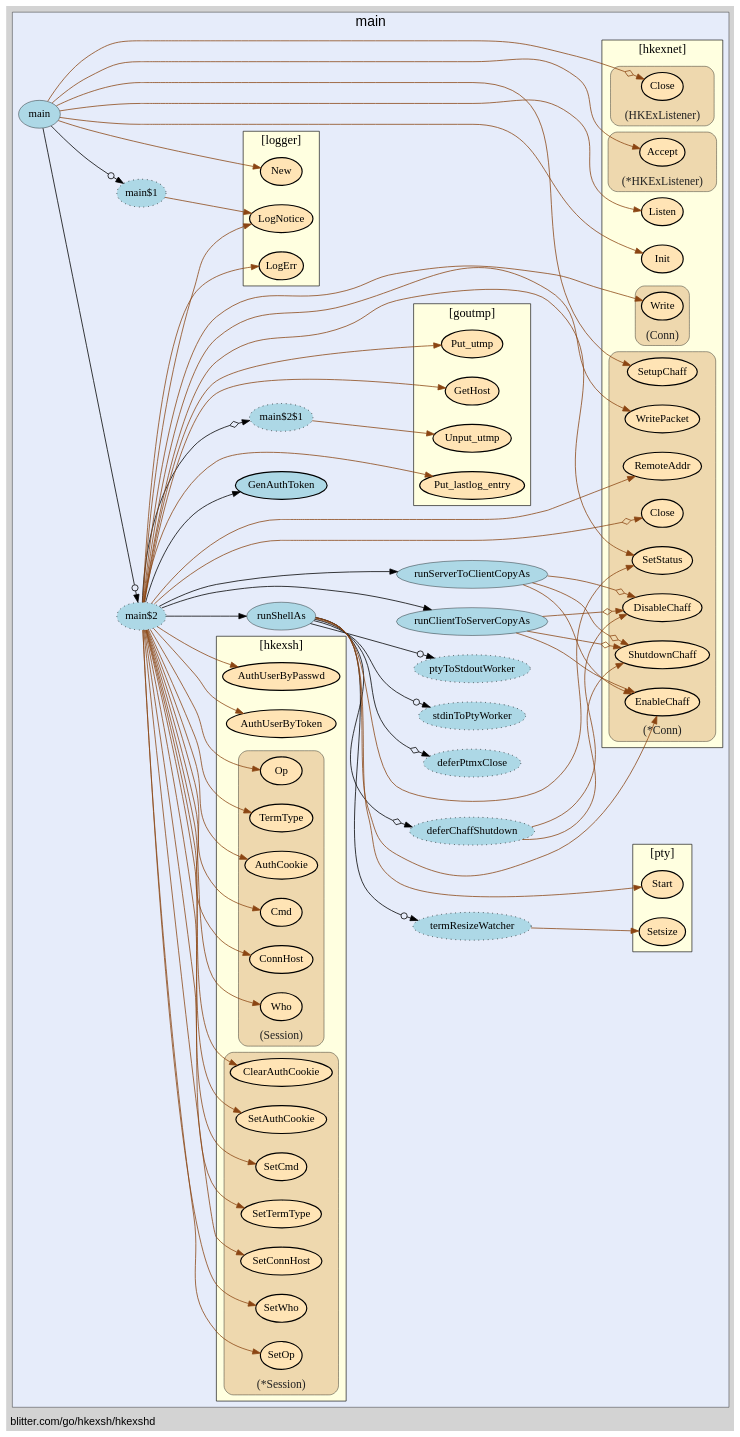
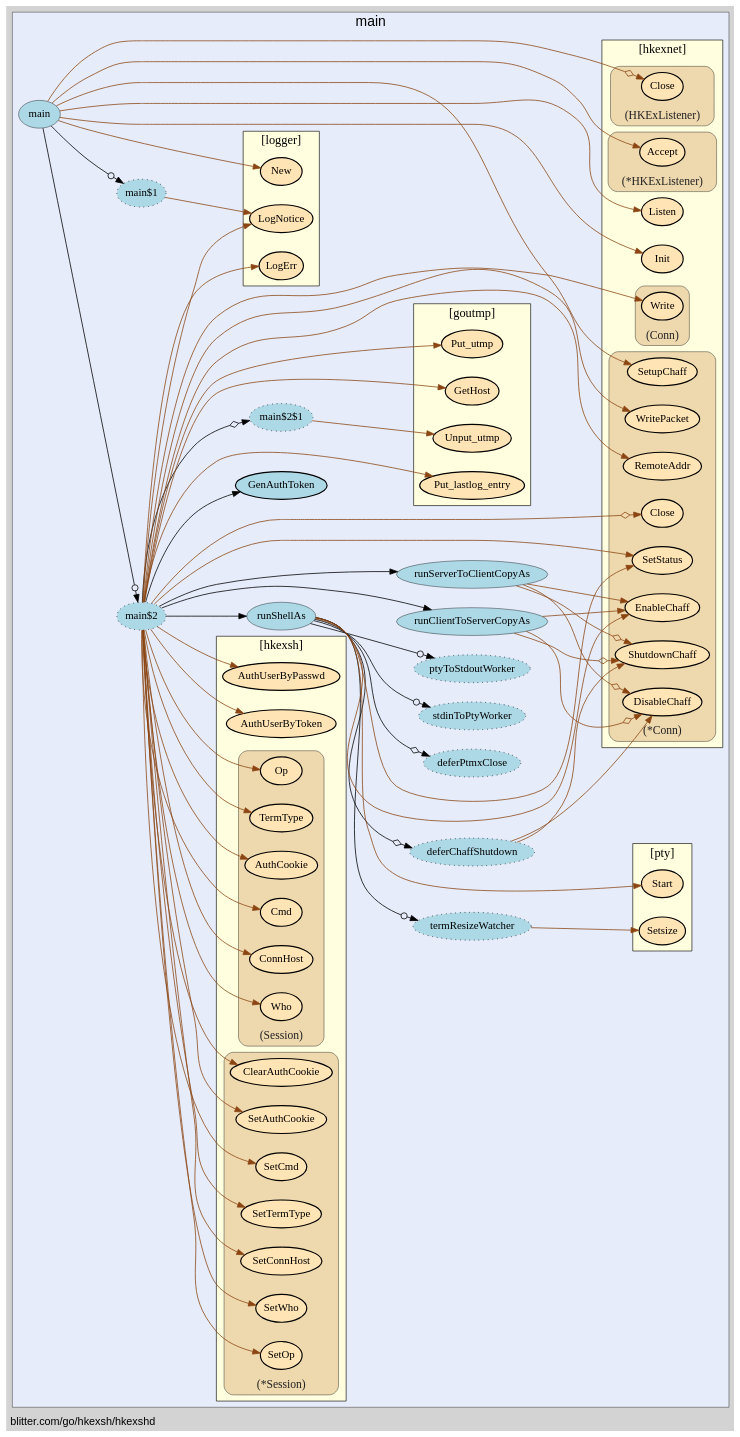
One commit to isgasho/xs changed the diagram in hkexshd/hkexshd-vis.gv. Above: the diagram before and after it, drawn with Graphviz. The commit also changed 11 other files, not shown here.

```diff
--- a/hkexshd/hkexshd-vis.gv
+++ b/hkexshd/hkexshd-vis.gv
@@ -14,56 +14,56 @@
     edge [minlen="2"]
 
     subgraph "cluster_focus" {
-        label="main";
+        bgcolor="#e6ecfa";
+label="main";
 labelloc="t";
 labeljust="c";
 fontsize="18";
-bgcolor="#e6ecfa";
         
-        "blitter.com/go/hkexsh/hkexshd.main" [ fillcolor="lightblue" label="main" penwidth="0.5" ]
-        "blitter.com/go/hkexsh/hkexshd.main$1" [ fillcolor="lightblue" label="main$1" style="dotted,filled" ]
-        "blitter.com/go/hkexsh/hkexshd.main$2" [ label="main$2" style="dotted,filled" fillcolor="lightblue" ]
-        "blitter.com/go/hkexsh/hkexshd.GenAuthToken" [ fillcolor="lightblue" label="GenAuthToken" penwidth="1.5" ]
         "blitter.com/go/hkexsh/hkexshd.runShellAs" [ fillcolor="lightblue" label="runShellAs" penwidth="0.5" ]
-        "blitter.com/go/hkexsh/hkexshd.runShellAs$1" [ fillcolor="lightblue" label="deferPtmxClose" style="dotted,filled" ]
+        "blitter.com/go/hkexsh/hkexshd.runShellAs$1" [ style="dotted,filled" fillcolor="lightblue" label="deferPtmxClose" ]
         "blitter.com/go/hkexsh/hkexshd.runShellAs$2" [ fillcolor="lightblue" label="termResizeWatcher" style="dotted,filled" ]
         "blitter.com/go/hkexsh/hkexshd.runShellAs$3" [ fillcolor="lightblue" label="stdinToPtyWorker" style="dotted,filled" ]
         "blitter.com/go/hkexsh/hkexshd.runShellAs$4" [ fillcolor="lightblue" label="deferChaffShutdown" style="dotted,filled" ]
-        "blitter.com/go/hkexsh/hkexshd.runShellAs$5" [ style="dotted,filled" fillcolor="lightblue" label="ptyToStdoutWorker" ]
-        "blitter.com/go/hkexsh/hkexshd.main$2$1" [ style="dotted,filled" fillcolor="lightblue" label="main$2$1" ]
-        "blitter.com/go/hkexsh/hkexshd.runClientToServerCopyAs" [ penwidth="0.5" fillcolor="lightblue" label="runClientToServerCopyAs" ]
+        "blitter.com/go/hkexsh/hkexshd.runShellAs$5" [ fillcolor="lightblue" label="ptyToStdoutWorker" style="dotted,filled" ]
+        "blitter.com/go/hkexsh/hkexshd.main$1" [ fillcolor="lightblue" label="main$1" style="dotted,filled" ]
+        "blitter.com/go/hkexsh/hkexshd.main" [ fillcolor="lightblue" label="main" penwidth="0.5" ]
+        "blitter.com/go/hkexsh/hkexshd.main$2" [ style="dotted,filled" fillcolor="lightblue" label="main$2" ]
+        "blitter.com/go/hkexsh/hkexshd.GenAuthToken" [ fillcolor="lightblue" label="GenAuthToken" penwidth="1.5" ]
+        "blitter.com/go/hkexsh/hkexshd.main$2$1" [ fillcolor="lightblue" label="main$2$1" style="dotted,filled" ]
+        "blitter.com/go/hkexsh/hkexshd.runClientToServerCopyAs" [ fillcolor="lightblue" label="runClientToServerCopyAs" penwidth="0.5" ]
         "blitter.com/go/hkexsh/hkexshd.runServerToClientCopyAs" [ fillcolor="lightblue" label="runServerToClientCopyAs" penwidth="0.5" ]
         
         subgraph "cluster_blitter.com/go/goutmp" {
-        style="filled";
+        penwidth="0.8";
+fontname="bold";
+label="[goutmp]";
+URL="/?f=blitter.com/go/goutmp";
+fontsize="16";
+style="filled";
 fillcolor="lightyellow";
 rank="sink";
-label="[goutmp]";
-URL="/?f=blitter.com/go/goutmp";
 tooltip="package: blitter.com/go/goutmp";
-fontsize="16";
-fontname="bold";
-penwidth="0.8";
         
         "blitter.com/go/goutmp.GetHost" [ fillcolor="moccasin" label="GetHost" penwidth="1.5" ]
         "blitter.com/go/goutmp.Put_utmp" [ fillcolor="moccasin" label="Put_utmp" penwidth="1.5" ]
-        "blitter.com/go/goutmp.Unput_utmp" [ label="Unput_utmp" penwidth="1.5" fillcolor="moccasin" ]
-        "blitter.com/go/goutmp.Put_lastlog_entry" [ fillcolor="moccasin" label="Put_lastlog_entry" penwidth="1.5" ]
+        "blitter.com/go/goutmp.Unput_utmp" [ fillcolor="moccasin" label="Unput_utmp" penwidth="1.5" ]
+        "blitter.com/go/goutmp.Put_lastlog_entry" [ label="Put_lastlog_entry" penwidth="1.5" fillcolor="moccasin" ]
         
     }
 
         subgraph "cluster_blitter.com/go/hkexsh" {
-        style="filled";
-fillcolor="lightyellow";
+        fillcolor="lightyellow";
+tooltip="package: blitter.com/go/hkexsh";
+penwidth="0.8";
+fontsize="16";
+style="filled";
 fontname="bold";
 rank="sink";
-penwidth="0.8";
-fontsize="16";
 label="[hkexsh]";
 URL="/?f=blitter.com/go/hkexsh";
-tooltip="package: blitter.com/go/hkexsh";
         
-        "blitter.com/go/hkexsh.AuthUserByToken" [ fillcolor="moccasin" label="AuthUserByToken" penwidth="1.5" ]
+        "blitter.com/go/hkexsh.AuthUserByToken" [ label="AuthUserByToken" penwidth="1.5" fillcolor="moccasin" ]
         "blitter.com/go/hkexsh.AuthUserByPasswd" [ fillcolor="moccasin" label="AuthUserByPasswd" penwidth="1.5" ]
         
         subgraph "cluster_*blitter.com/go/hkexsh.Session" {
@@ -77,29 +77,29 @@
 tooltip="type: *blitter.com/go/hkexsh.Session";
         
         "(*blitter.com/go/hkexsh.Session).SetOp" [ fillcolor="moccasin" label="SetOp" penwidth="1.5" ]
-        "(*blitter.com/go/hkexsh.Session).SetWho" [ fillcolor="moccasin" label="SetWho" penwidth="1.5" ]
-        "(*blitter.com/go/hkexsh.Session).SetConnHost" [ penwidth="1.5" fillcolor="moccasin" label="SetConnHost" ]
-        "(*blitter.com/go/hkexsh.Session).SetTermType" [ fillcolor="moccasin" label="SetTermType" penwidth="1.5" ]
-        "(*blitter.com/go/hkexsh.Session).SetCmd" [ fillcolor="moccasin" label="SetCmd" penwidth="1.5" ]
-        "(*blitter.com/go/hkexsh.Session).SetAuthCookie" [ fillcolor="moccasin" label="SetAuthCookie" penwidth="1.5" ]
-        "(*blitter.com/go/hkexsh.Session).ClearAuthCookie" [ label="ClearAuthCookie" penwidth="1.5" fillcolor="moccasin" ]
+        "(*blitter.com/go/hkexsh.Session).SetWho" [ label="SetWho" penwidth="1.5" fillcolor="moccasin" ]
+        "(*blitter.com/go/hkexsh.Session).SetConnHost" [ fillcolor="moccasin" label="SetConnHost" penwidth="1.5" ]
+        "(*blitter.com/go/hkexsh.Session).SetTermType" [ label="SetTermType" penwidth="1.5" fillcolor="moccasin" ]
+        "(*blitter.com/go/hkexsh.Session).SetCmd" [ label="SetCmd" penwidth="1.5" fillcolor="moccasin" ]
+        "(*blitter.com/go/hkexsh.Session).SetAuthCookie" [ label="SetAuthCookie" penwidth="1.5" fillcolor="moccasin" ]
+        "(*blitter.com/go/hkexsh.Session).ClearAuthCookie" [ fillcolor="moccasin" label="ClearAuthCookie" penwidth="1.5" ]
         
     }
 
         subgraph "cluster_blitter.com/go/hkexsh.Session" {
-        style="rounded,filled";
-fillcolor="wheat2";
-label="(Session)";
+        label="(Session)";
 tooltip="type: blitter.com/go/hkexsh.Session";
 penwidth="0.5";
 fontsize="15";
 fontcolor="#222222";
 labelloc="b";
+style="rounded,filled";
+fillcolor="wheat2";
         
-        "(blitter.com/go/hkexsh.Session).Op" [ fillcolor="moccasin" label="Op" penwidth="1.5" ]
-        "(blitter.com/go/hkexsh.Session).Who" [ penwidth="1.5" fillcolor="moccasin" label="Who" ]
-        "(blitter.com/go/hkexsh.Session).ConnHost" [ fillcolor="moccasin" label="ConnHost" penwidth="1.5" ]
-        "(blitter.com/go/hkexsh.Session).Cmd" [ label="Cmd" penwidth="1.5" fillcolor="moccasin" ]
+        "(blitter.com/go/hkexsh.Session).Op" [ penwidth="1.5" fillcolor="moccasin" label="Op" ]
+        "(blitter.com/go/hkexsh.Session).Who" [ fillcolor="moccasin" label="Who" penwidth="1.5" ]
+        "(blitter.com/go/hkexsh.Session).ConnHost" [ label="ConnHost" penwidth="1.5" fillcolor="moccasin" ]
+        "(blitter.com/go/hkexsh.Session).Cmd" [ fillcolor="moccasin" label="Cmd" penwidth="1.5" ]
         "(blitter.com/go/hkexsh.Session).AuthCookie" [ fillcolor="moccasin" label="AuthCookie" penwidth="1.5" ]
         "(blitter.com/go/hkexsh.Session).TermType" [ fillcolor="moccasin" label="TermType" penwidth="1.5" ]
         
@@ -109,76 +109,76 @@
 
         subgraph "cluster_blitter.com/go/hkexsh/hkexnet" {
         penwidth="0.8";
-rank="sink";
-fontsize="16";
-style="filled";
 fillcolor="lightyellow";
 fontname="bold";
 label="[hkexnet]";
+fontsize="16";
+style="filled";
+rank="sink";
 URL="/?f=blitter.com/go/hkexsh/hkexnet";
 tooltip="package: blitter.com/go/hkexsh/hkexnet";
         
-        "blitter.com/go/hkexsh/hkexnet.Init" [ fillcolor="moccasin" label="Init" penwidth="1.5" ]
+        "blitter.com/go/hkexsh/hkexnet.Init" [ label="Init" penwidth="1.5" fillcolor="moccasin" ]
         "blitter.com/go/hkexsh/hkexnet.Listen" [ fillcolor="moccasin" label="Listen" penwidth="1.5" ]
         
         subgraph "cluster_*blitter.com/go/hkexsh/hkexnet.Conn" {
-        fillcolor="wheat2";
+        penwidth="0.5";
+fontsize="15";
+fontcolor="#222222";
+labelloc="b";
+style="rounded,filled";
+fillcolor="wheat2";
 label="(*Conn)";
 tooltip="type: *blitter.com/go/hkexsh/hkexnet.Conn";
+        
+        "(*blitter.com/go/hkexsh/hkexnet.Conn).EnableChaff" [ fillcolor="moccasin" label="EnableChaff" penwidth="1.5" ]
+        "(*blitter.com/go/hkexsh/hkexnet.Conn).DisableChaff" [ fillcolor="moccasin" label="DisableChaff" penwidth="1.5" ]
+        "(*blitter.com/go/hkexsh/hkexnet.Conn).ShutdownChaff" [ fillcolor="moccasin" label="ShutdownChaff" penwidth="1.5" ]
+        "(*blitter.com/go/hkexsh/hkexnet.Conn).SetStatus" [ penwidth="1.5" fillcolor="moccasin" label="SetStatus" ]
+        "(*blitter.com/go/hkexsh/hkexnet.Conn).SetupChaff" [ label="SetupChaff" penwidth="1.5" fillcolor="moccasin" ]
+        "(*blitter.com/go/hkexsh/hkexnet.Conn).Close" [ fillcolor="moccasin" label="Close" penwidth="1.5" ]
+        "(*blitter.com/go/hkexsh/hkexnet.Conn).RemoteAddr" [ fillcolor="moccasin" label="RemoteAddr" penwidth="1.5" ]
+        "(*blitter.com/go/hkexsh/hkexnet.Conn).WritePacket" [ label="WritePacket" penwidth="1.5" fillcolor="moccasin" ]
+        
+    }
+
+        subgraph "cluster_*blitter.com/go/hkexsh/hkexnet.HKExListener" {
+        label="(*HKExListener)";
+tooltip="type: *blitter.com/go/hkexsh/hkexnet.HKExListener";
 penwidth="0.5";
 fontsize="15";
 fontcolor="#222222";
 labelloc="b";
 style="rounded,filled";
+fillcolor="wheat2";
         
-        "(*blitter.com/go/hkexsh/hkexnet.Conn).SetupChaff" [ fillcolor="moccasin" label="SetupChaff" penwidth="1.5" ]
-        "(*blitter.com/go/hkexsh/hkexnet.Conn).Close" [ fillcolor="moccasin" label="Close" penwidth="1.5" ]
-        "(*blitter.com/go/hkexsh/hkexnet.Conn).RemoteAddr" [ label="RemoteAddr" penwidth="1.5" fillcolor="moccasin" ]
-        "(*blitter.com/go/hkexsh/hkexnet.Conn).EnableChaff" [ fillcolor="moccasin" label="EnableChaff" penwidth="1.5" ]
-        "(*blitter.com/go/hkexsh/hkexnet.Conn).DisableChaff" [ fillcolor="moccasin" label="DisableChaff" penwidth="1.5" ]
-        "(*blitter.com/go/hkexsh/hkexnet.Conn).ShutdownChaff" [ fillcolor="moccasin" label="ShutdownChaff" penwidth="1.5" ]
-        "(*blitter.com/go/hkexsh/hkexnet.Conn).SetStatus" [ fillcolor="moccasin" label="SetStatus" penwidth="1.5" ]
-        "(*blitter.com/go/hkexsh/hkexnet.Conn).WritePacket" [ fillcolor="moccasin" label="WritePacket" penwidth="1.5" ]
+        "(*blitter.com/go/hkexsh/hkexnet.HKExListener).Accept" [ fillcolor="moccasin" label="Accept" penwidth="1.5" ]
         
     }
 
-        subgraph "cluster_*blitter.com/go/hkexsh/hkexnet.HKExListener" {
-        style="rounded,filled";
-fillcolor="wheat2";
-label="(*HKExListener)";
-tooltip="type: *blitter.com/go/hkexsh/hkexnet.HKExListener";
+        subgraph "cluster_blitter.com/go/hkexsh/hkexnet.Conn" {
+        label="(Conn)";
+tooltip="type: blitter.com/go/hkexsh/hkexnet.Conn";
 penwidth="0.5";
 fontsize="15";
 fontcolor="#222222";
 labelloc="b";
-        
-        "(*blitter.com/go/hkexsh/hkexnet.HKExListener).Accept" [ penwidth="1.5" fillcolor="moccasin" label="Accept" ]
-        
-    }
-
-        subgraph "cluster_blitter.com/go/hkexsh/hkexnet.Conn" {
-        fontcolor="#222222";
-labelloc="b";
 style="rounded,filled";
 fillcolor="wheat2";
-label="(Conn)";
-tooltip="type: blitter.com/go/hkexsh/hkexnet.Conn";
-penwidth="0.5";
-fontsize="15";
         
         "(blitter.com/go/hkexsh/hkexnet.Conn).Write" [ penwidth="1.5" fillcolor="moccasin" label="Write" ]
         
     }
 
         subgraph "cluster_blitter.com/go/hkexsh/hkexnet.HKExListener" {
-        penwidth="0.5";
-fontsize="15";
-fontcolor="#222222";
+        fontcolor="#222222";
 labelloc="b";
 style="rounded,filled";
 fillcolor="wheat2";
 label="(HKExListener)";
 tooltip="type: blitter.com/go/hkexsh/hkexnet.HKExListener";
+penwidth="0.5";
+fontsize="15";
         
         "(blitter.com/go/hkexsh/hkexnet.HKExListener).Close" [ fillcolor="moccasin" label="Close" penwidth="1.5" ]
         
@@ -187,43 +187,54 @@
     }
 
         subgraph "cluster_blitter.com/go/hkexsh/logger" {
-        tooltip="package: blitter.com/go/hkexsh/logger";
+        rank="sink";
+URL="/?f=blitter.com/go/hkexsh/logger";
 penwidth="0.8";
 fontsize="16";
+fillcolor="lightyellow";
+tooltip="package: blitter.com/go/hkexsh/logger";
 style="filled";
-fillcolor="lightyellow";
 fontname="bold";
-rank="sink";
 label="[logger]";
-URL="/?f=blitter.com/go/hkexsh/logger";
         
+        "blitter.com/go/hkexsh/logger.LogNotice" [ penwidth="1.5" fillcolor="moccasin" label="LogNotice" ]
         "blitter.com/go/hkexsh/logger.New" [ penwidth="1.5" fillcolor="moccasin" label="New" ]
-        "blitter.com/go/hkexsh/logger.LogNotice" [ fillcolor="moccasin" label="LogNotice" penwidth="1.5" ]
         "blitter.com/go/hkexsh/logger.LogErr" [ fillcolor="moccasin" label="LogErr" penwidth="1.5" ]
         
     }
 
         subgraph "cluster_github.com/kr/pty" {
-        penwidth="0.8";
-fontsize="16";
-fillcolor="lightyellow";
+        fontsize="16";
+style="filled";
+fontname="bold";
 rank="sink";
 label="[pty]";
+tooltip="package: github.com/kr/pty";
+penwidth="0.8";
+fillcolor="lightyellow";
 URL="/?f=github.com/kr/pty";
-style="filled";
-fontname="bold";
-tooltip="package: github.com/kr/pty";
         
         "github.com/kr/pty.Start" [ fillcolor="moccasin" label="Start" penwidth="1.5" ]
-        "github.com/kr/pty.Setsize" [ fillcolor="moccasin" label="Setsize" penwidth="1.5" ]
+        "github.com/kr/pty.Setsize" [ penwidth="1.5" fillcolor="moccasin" label="Setsize" ]
         
     }
 
     }
 
+    "blitter.com/go/hkexsh/hkexshd.runShellAs" -> "github.com/kr/pty.Start" [ color="saddlebrown" ]
+    "blitter.com/go/hkexsh/hkexshd.runShellAs" -> "blitter.com/go/hkexsh/hkexshd.runShellAs$1" [ arrowhead="normalnoneodiamond" ]
+    "blitter.com/go/hkexsh/hkexshd.runShellAs$2" -> "github.com/kr/pty.Setsize" [ color="saddlebrown" ]
+    "blitter.com/go/hkexsh/hkexshd.runShellAs" -> "blitter.com/go/hkexsh/hkexshd.runShellAs$2" [ arrowhead="normalnoneodot" ]
+    "blitter.com/go/hkexsh/hkexshd.runShellAs" -> "blitter.com/go/hkexsh/hkexshd.runShellAs$3" [ arrowhead="normalnoneodot" ]
+    "blitter.com/go/hkexsh/hkexshd.runShellAs" -> "(*blitter.com/go/hkexsh/hkexnet.Conn).EnableChaff" [ color="saddlebrown" ]
+    "blitter.com/go/hkexsh/hkexshd.runShellAs$4" -> "(*blitter.com/go/hkexsh/hkexnet.Conn).DisableChaff" [ color="saddlebrown" ]
+    "blitter.com/go/hkexsh/hkexshd.runShellAs$4" -> "(*blitter.com/go/hkexsh/hkexnet.Conn).ShutdownChaff" [ color="saddlebrown" ]
+    "blitter.com/go/hkexsh/hkexshd.runShellAs" -> "blitter.com/go/hkexsh/hkexshd.runShellAs$4" [ arrowhead="normalnoneodiamond" ]
+    "blitter.com/go/hkexsh/hkexshd.runShellAs" -> "blitter.com/go/hkexsh/hkexshd.runShellAs$5" [ arrowhead="normalnoneodot" ]
+    "blitter.com/go/hkexsh/hkexshd.runShellAs" -> "(*blitter.com/go/hkexsh/hkexnet.Conn).SetStatus" [ color="saddlebrown" ]
+    "blitter.com/go/hkexsh/hkexshd.main$1" -> "blitter.com/go/hkexsh/logger.LogNotice" [ color="saddlebrown" ]
     "blitter.com/go/hkexsh/hkexshd.main" -> "blitter.com/go/hkexsh/logger.New" [ color="saddlebrown" ]
     "blitter.com/go/hkexsh/hkexshd.main" -> "blitter.com/go/hkexsh/hkexnet.Init" [ color="saddlebrown" ]
-    "blitter.com/go/hkexsh/hkexshd.main$1" -> "blitter.com/go/hkexsh/logger.LogNotice" [ color="saddlebrown" ]
     "blitter.com/go/hkexsh/hkexshd.main" -> "blitter.com/go/hkexsh/hkexshd.main$1" [ arrowhead="normalnoneodot" ]
     "blitter.com/go/hkexsh/hkexshd.main" -> "blitter.com/go/hkexsh/hkexnet.Listen" [ color="saddlebrown" ]
     "blitter.com/go/hkexsh/hkexshd.main" -> "(blitter.com/go/hkexsh/hkexnet.HKExListener).Close" [ arrowhead="normalnoneodiamond" color="saddlebrown" ]
@@ -250,17 +261,6 @@
     "blitter.com/go/hkexsh/hkexshd.main$2" -> "blitter.com/go/goutmp.GetHost" [ color="saddlebrown" ]
     "blitter.com/go/hkexsh/hkexshd.main$2" -> "blitter.com/go/hkexsh/hkexshd.GenAuthToken" [  ]
     "blitter.com/go/hkexsh/hkexshd.main$2" -> "(blitter.com/go/hkexsh.Session).TermType" [ color="saddlebrown" ]
-    "blitter.com/go/hkexsh/hkexshd.runShellAs" -> "github.com/kr/pty.Start" [ color="saddlebrown" ]
-    "blitter.com/go/hkexsh/hkexshd.runShellAs" -> "blitter.com/go/hkexsh/hkexshd.runShellAs$1" [ arrowhead="normalnoneodiamond" ]
-    "blitter.com/go/hkexsh/hkexshd.runShellAs$2" -> "github.com/kr/pty.Setsize" [ color="saddlebrown" ]
-    "blitter.com/go/hkexsh/hkexshd.runShellAs" -> "blitter.com/go/hkexsh/hkexshd.runShellAs$2" [ arrowhead="normalnoneodot" ]
-    "blitter.com/go/hkexsh/hkexshd.runShellAs" -> "blitter.com/go/hkexsh/hkexshd.runShellAs$3" [ arrowhead="normalnoneodot" ]
-    "blitter.com/go/hkexsh/hkexshd.runShellAs" -> "(*blitter.com/go/hkexsh/hkexnet.Conn).EnableChaff" [ color="saddlebrown" ]
-    "blitter.com/go/hkexsh/hkexshd.runShellAs$4" -> "(*blitter.com/go/hkexsh/hkexnet.Conn).DisableChaff" [ color="saddlebrown" ]
-    "blitter.com/go/hkexsh/hkexshd.runShellAs$4" -> "(*blitter.com/go/hkexsh/hkexnet.Conn).ShutdownChaff" [ color="saddlebrown" ]
-    "blitter.com/go/hkexsh/hkexshd.runShellAs" -> "blitter.com/go/hkexsh/hkexshd.runShellAs$4" [ arrowhead="normalnoneodiamond" ]
-    "blitter.com/go/hkexsh/hkexshd.runShellAs" -> "blitter.com/go/hkexsh/hkexshd.runShellAs$5" [ arrowhead="normalnoneodot" ]
-    "blitter.com/go/hkexsh/hkexshd.runShellAs" -> "(*blitter.com/go/hkexsh/hkexnet.Conn).SetStatus" [ color="saddlebrown" ]
     "blitter.com/go/hkexsh/hkexshd.main$2" -> "blitter.com/go/hkexsh/hkexshd.runShellAs" [  ]
     "blitter.com/go/hkexsh/hkexshd.main$2" -> "blitter.com/go/hkexsh/logger.LogErr" [ color="saddlebrown" ]
     "blitter.com/go/hkexsh/hkexshd.main$2" -> "(*blitter.com/go/hkexsh/hkexnet.Conn).SetStatus" [ color="saddlebrown" ]
```
